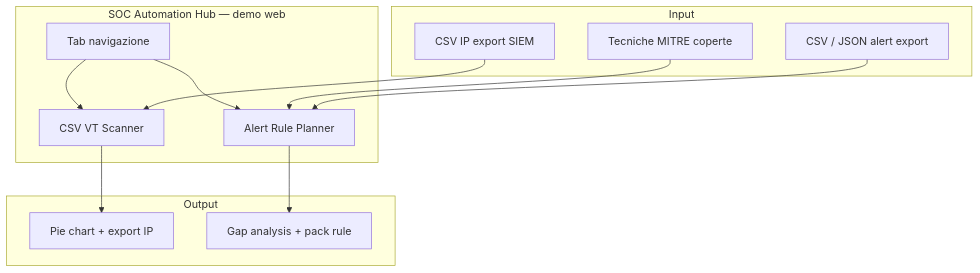
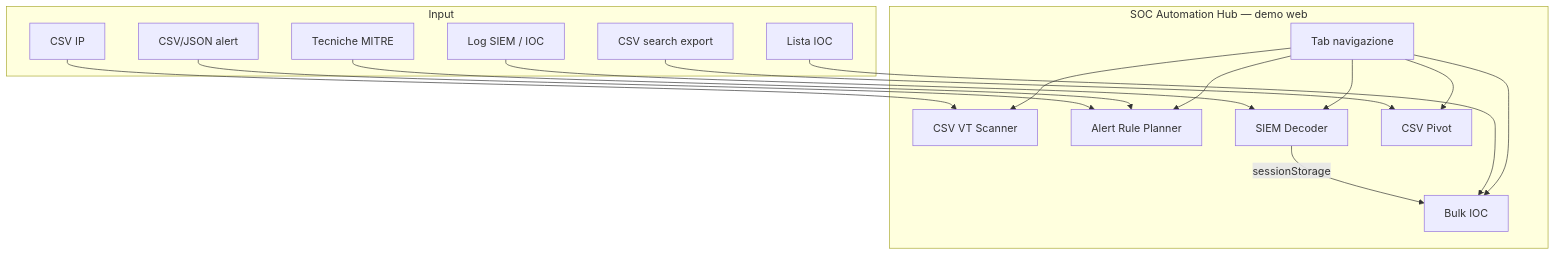
The diagram in docs/architecture.md (DarkGreen-projects/soc-automation-hub), drawn with Mermaid before and after one commit. The commit also changed other lines of this file and 48 other files, not shown here.

Commit message:
feat: add SIEM Decoder, CSV Pivot and Bulk IOC demo modules

````diff
--- a/docs/architecture.md
+++ b/docs/architecture.md
@@ -8,22 +7,31 @@
 ```mermaid
 flowchart TB
   subgraph hub [SOC Automation Hub — demo web]
     Tabs[Tab navigazione]
     VT[CSV VT Scanner]
     ARP[Alert Rule Planner]
+    DEC[SIEM Decoder]
+    PIV[CSV Pivot]
+    BIO[Bulk IOC]
   end
   subgraph input [Input]
-    CsvIp[CSV IP export SIEM]
-    CsvAlert[CSV / JSON alert export]
-    Tech[Tecniche MITRE coperte]
-  end
-  subgraph output [Output]
-    Chart[Pie chart + export IP]
-    Rules[Gap analysis + pack rule]
+    CsvIp[CSV IP]
+    Tech[Tecniche MITRE]
+    CsvAlert[CSV/JSON alert]
+    SiemLog[Log SIEM / IOC]
+    CsvExport[CSV search export]
+    IocList[Lista IOC]
   end
   Tabs --> VT
   Tabs --> ARP
-  CsvIp --> VT --> Chart
+  Tabs --> DEC
+  Tabs --> PIV
+  Tabs --> BIO
+  CsvIp --> VT
   Tech --> ARP
-  CsvAlert --> ARP --> Rules
+  CsvAlert --> ARP
+  SiemLog --> DEC
+  CsvExport --> PIV
+  IocList --> BIO
+  DEC -->|sessionStorage| BIO
 ```
````
